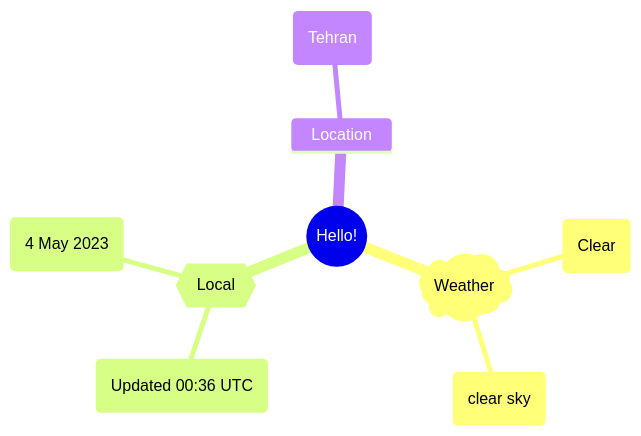
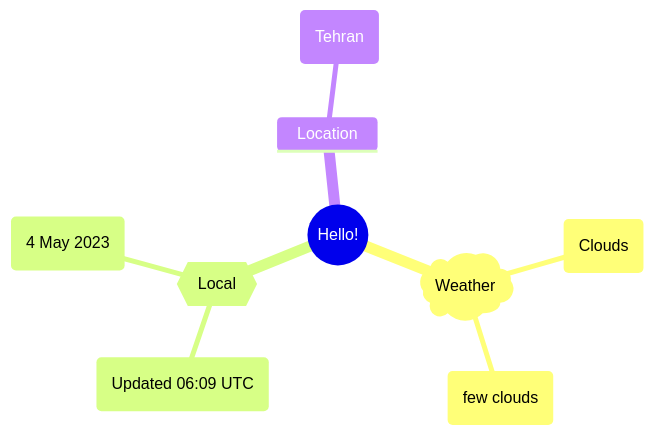
Before and after one commit to Xosrov/Xosrov: the first of 2 diagrams in README.md, drawn with Mermaid.

Commit message:
[bot] updated images

````diff
--- a/README.md
+++ b/README.md
@@ -3,12 +3,12 @@
 ```mermaid
 mindmap
   root((Hello!))
     )Weather(
-        (Clear)
-        (clear sky)
+        (Clouds)
+        (few clouds)
     {{Local}}
-        (Updated 00:36 UTC)
+        (Updated 06:09 UTC)
         (4 May 2023)
     Location
         (Tehran)
 ```
````
